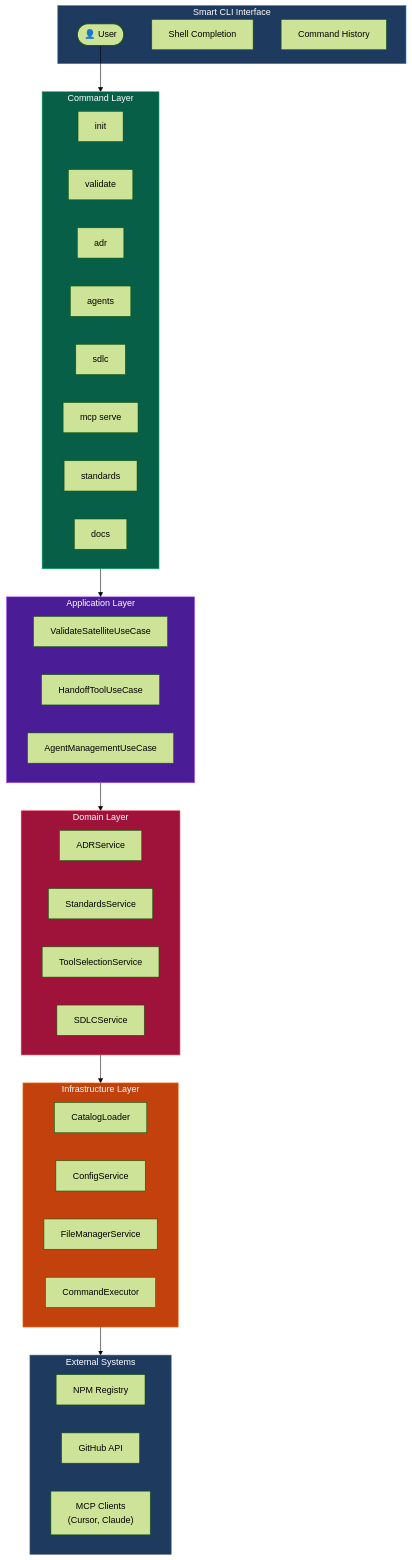
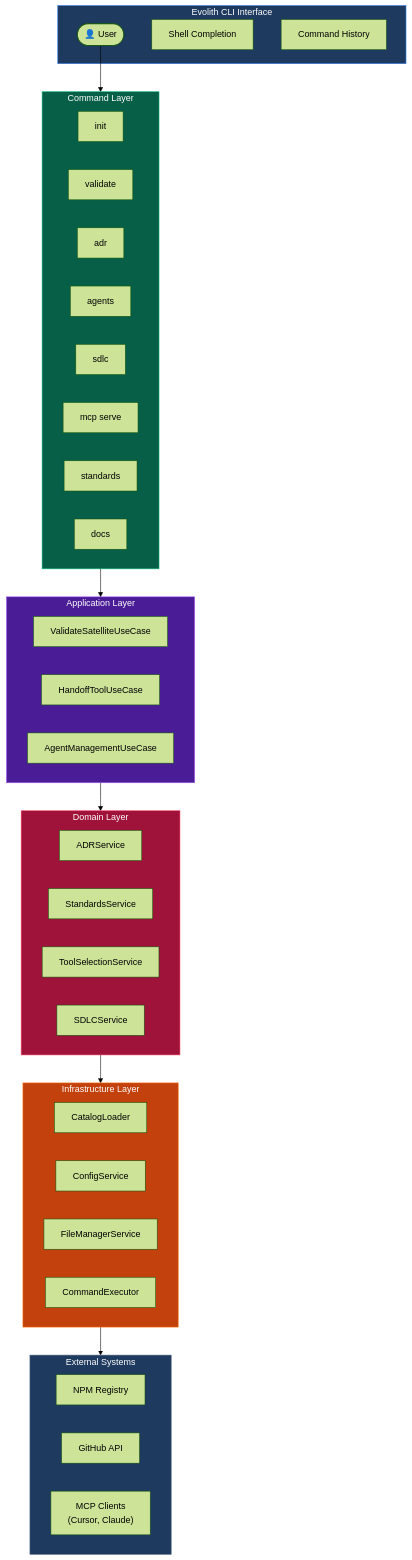
One commit to beyondnetcode/evolith_arch32 changed the first of 14 diagrams in src/sdk/cli/ARCHITECTURE.md. Above: the diagram before and after it, drawn with Mermaid (forest theme). The commit also changed other lines of this file and 195 other files, not shown here.

First line of the commit message:
refactor(brand): align "Smart CLI" → "Evolith CLI" across docs, code, npm, and assemblies

````diff
--- a/src/sdk/cli/ARCHITECTURE.md
+++ b/src/sdk/cli/ARCHITECTURE.md
@@ -26,58 +26,58 @@
 ```mermaid
 graph TB
-    subgraph CLI["Smart CLI Interface"]
+    subgraph CLI["Evolith CLI Interface"]
         CLI_User(["👤 User"])
         CLI_Shell["Shell Completion"]
         CLI_History["Command History"]
     end
 
     subgraph Commands["Command Layer"]
         CMD_Init["init"]
         CMD_Validate["validate"]
         CMD_ADR["adr"]
         CMD_Agents["agents"]
         CMD_SDLC["sdlc"]
         CMD_MCP["mcp serve"]
         CMD_Standards["standards"]
         CMD_Docs["docs"]
     end
 
     subgraph Application["Application Layer"]
         UC_Validate["ValidateSatelliteUseCase"]
         UC_Handoff["HandoffToolUseCase"]
         UC_AgentMgmt["AgentManagementUseCase"]
     end
 
     subgraph Domain["Domain Layer"]
         DOM_ADR["ADRService"]
         DOM_Standards["StandardsService"]
         DOM_ToolSel["ToolSelectionService"]
         DOM_SDLC["SDLCService"]
     end
 
     subgraph Infrastructure["Infrastructure Layer"]
         INF_Catalog["CatalogLoader"]
         INF_Config["ConfigService"]
         INF_FileMgr["FileManagerService"]
         INF_CLI["CommandExecutor"]
     end
 
     subgraph External["External Systems"]
         EXT_NPM["NPM Registry"]
         EXT_GitHub["GitHub API"]
         EXT_MCP["MCP Clients\n(Cursor, Claude)"]
     end
 
     CLI_User --> Commands
     Commands --> Application
     Application --> Domain
     Domain --> Infrastructure
     Infrastructure --> External
 
     style CLI fill:#1e3a5f,stroke:#3b82f6,color:#fff
     style Commands fill:#065f46,stroke:#10b981,color:#fff
     style Application fill:#4a1d96,stroke:#a855f7,color:#fff
     style Domain fill:#9f1239,stroke:#f43f5e,color:#fff
     style Infrastructure fill:#c2410c,stroke:#f97316,color:#fff
     style External fill:#1e3a5f,stroke:#64748b,color:#fff
 ```
````
